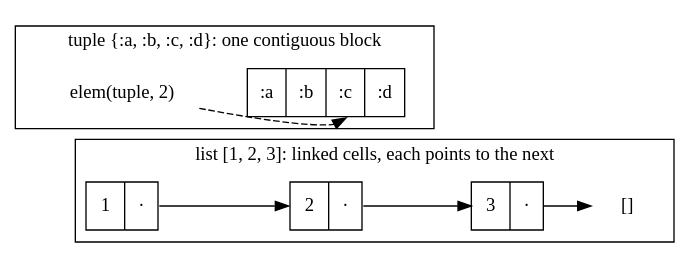
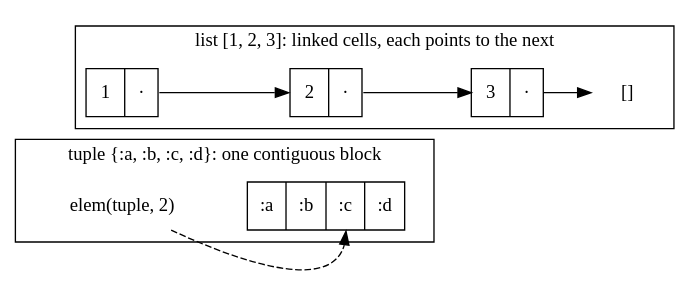
Before and after one commit to danceinthefake/visualixir: the diagram in docs/diagrams/lists-and-tuples/list-vs-tuple.dot, drawn with Graphviz. The commit also changed other lines of this file and 13 other files, not shown here.

First line of the commit message:
Put diagram clusters in reading order

```diff
--- a/docs/diagrams/lists-and-tuples/list-vs-tuple.dot
+++ b/docs/diagrams/lists-and-tuples/list-vs-tuple.dot
@@ -1,20 +1,20 @@
 digraph list_vs_tuple {
   rankdir=LR
   node [shape=record]
+  subgraph cluster_tuple {
+    label="tuple {:a, :b, :c, :d}: one contiguous block"
+    t [label="{<t0>:a|<t1>:b|<t2>:c|<t3>:d}"]
+    idx [label="elem(tuple, 2)" shape=plaintext style=solid class=hl]
+    idx -> t:t2 [style=dashed]
+  }
   subgraph cluster_list {
     label="list [1, 2, 3]: linked cells, each points to the next"
     c1 [label="{<hd>1|<tl>·}"]
     c2 [label="{<hd>2|<tl>·}"]
     c3 [label="{<hd>3|<tl>·}"]
     nil [label="[]" shape=plaintext style=solid]
     c1:tl -> c2:hd
     c2:tl -> c3:hd
     c3:tl -> nil
   }
-  subgraph cluster_tuple {
-    label="tuple {:a, :b, :c, :d}: one contiguous block"
-    t [label="{<t0>:a|<t1>:b|<t2>:c|<t3>:d}"]
-    idx [label="elem(tuple, 2)" shape=plaintext style=solid class=hl]
-    idx -> t:t2 [style=dashed]
-  }
 }
```
